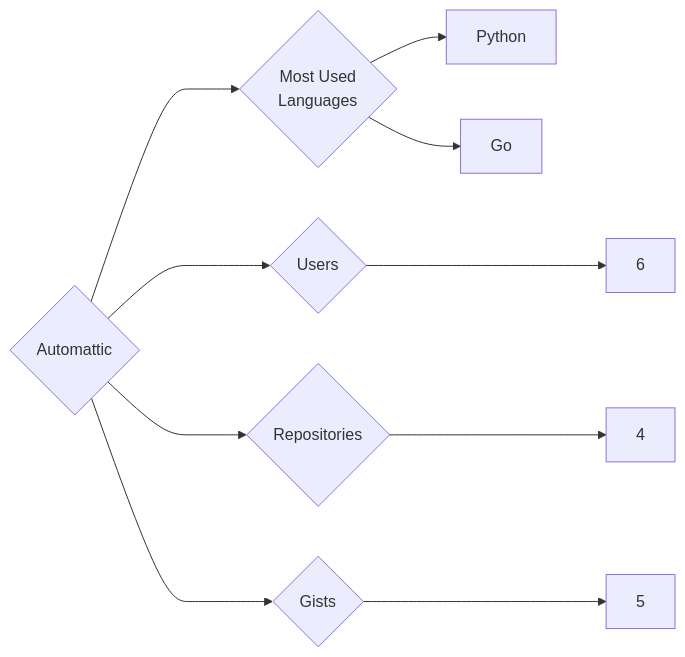
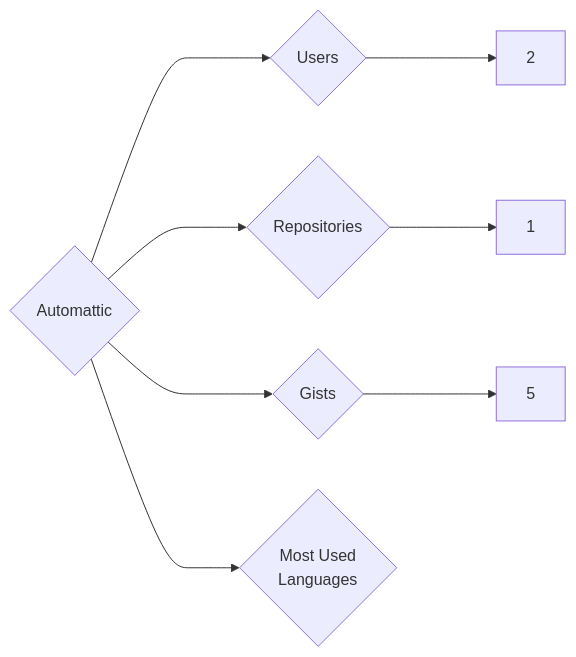
One commit to trickest/insiders changed the diagram in targets/Automattic/README.md. Above: the diagram before and after it, drawn with Mermaid. The commit also changed 815 other files, not shown here.

````diff
--- a/targets/Automattic/README.md
+++ b/targets/Automattic/README.md
@@ -3,10 +3,8 @@
 ```mermaid
 graph LR
 COMPANY_NAME{Automattic}
-COMPANY_NAME ---> U{Users} ---> UN[6]
-COMPANY_NAME ---> R{Repositories} ---> RN[4]
+COMPANY_NAME ---> U{Users} ---> UN[2]
+COMPANY_NAME ---> R{Repositories} ---> RN[1]
 COMPANY_NAME ---> G{Gists} ---> GN[5]
 COMPANY_NAME ---> ML{Most Used<br>Languages}
-ML --> Python[Python]
-ML --> Go[Go]
 ```
````
